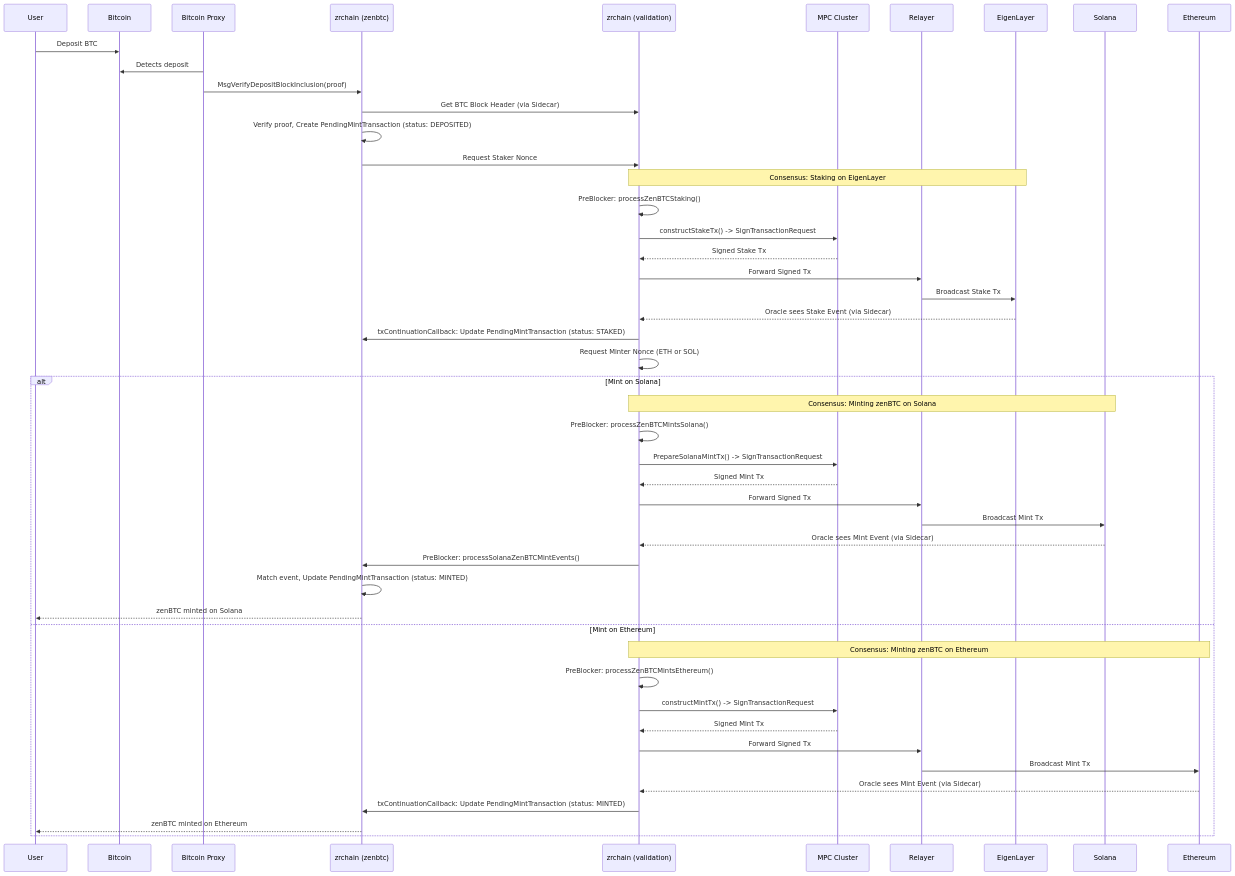
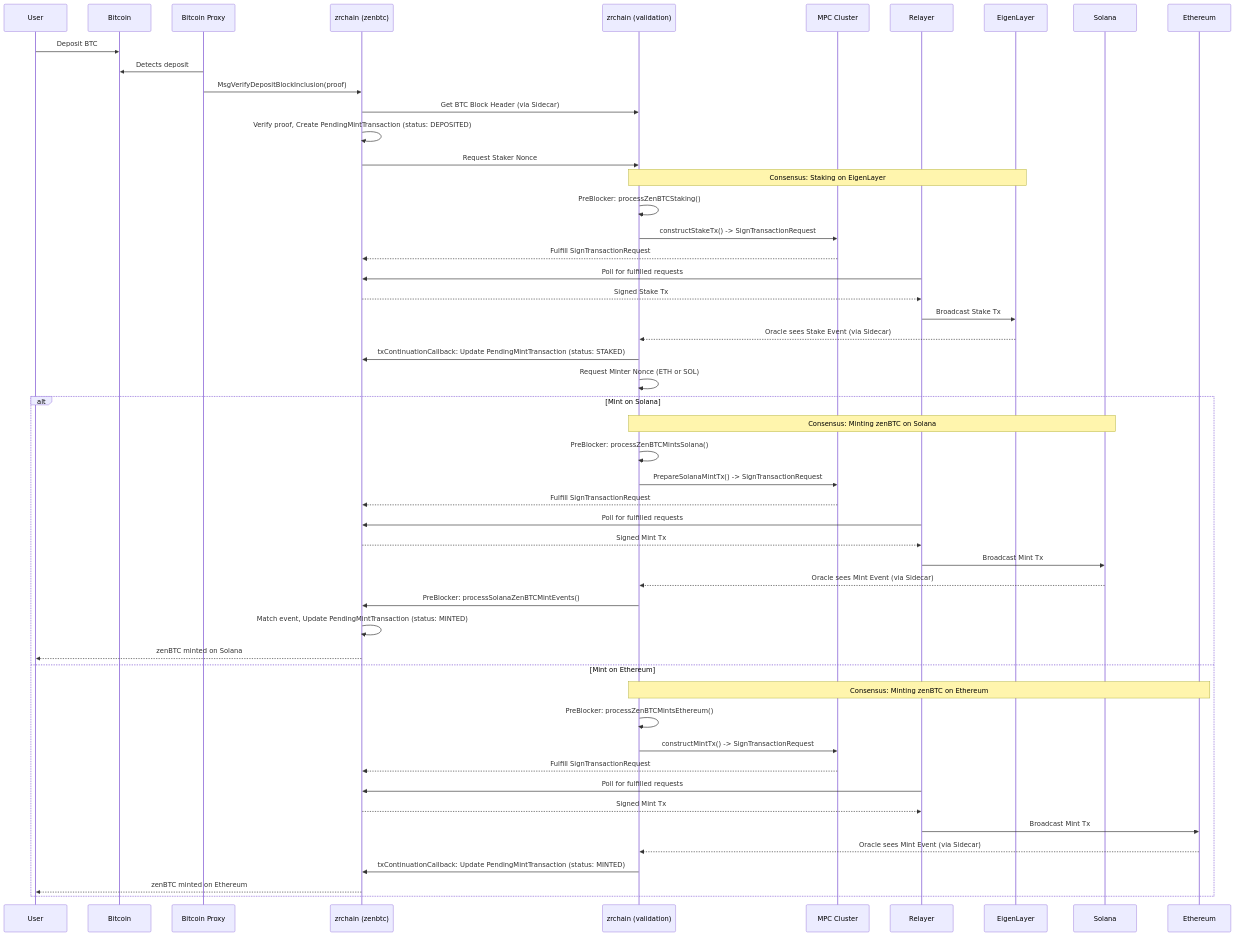
One commit to zenrocklabs/zrchain changed the first of 4 diagrams in docs/README.md. Above: the diagram before and after it, drawn with Mermaid. The commit also changed other lines of this file, not shown here.

````diff
--- a/docs/README.md
+++ b/docs/README.md
@@ -13,55 +13,58 @@
 ```mermaid
 sequenceDiagram
     participant User
     participant Bitcoin
     participant Bitcoin Proxy
     participant zrchain as zrchain (zenbtc)
     participant zrchain_val as zrchain (validation)
     participant MPC Cluster
     participant Relayer
     participant EigenLayer
     participant Solana
     participant Ethereum
 
     User->>Bitcoin: Deposit BTC
     Bitcoin Proxy->>Bitcoin: Detects deposit
     Bitcoin Proxy->>zrchain: MsgVerifyDepositBlockInclusion(proof)
 
     zrchain->>zrchain_val: Get BTC Block Header (via Sidecar)
     zrchain->>zrchain: Verify proof, Create PendingMintTransaction (status: DEPOSITED)
     zrchain->>zrchain_val: Request Staker Nonce
 
     Note over zrchain_val,EigenLayer: Consensus: Staking on EigenLayer
     zrchain_val->>zrchain_val: PreBlocker: processZenBTCStaking()
     zrchain_val->>MPC Cluster: constructStakeTx() -> SignTransactionRequest
-    MPC Cluster-->>zrchain_val: Signed Stake Tx
-    zrchain_val->>Relayer: Forward Signed Tx
+    MPC Cluster-->>zrchain: Fulfill SignTransactionRequest
+    Relayer->>zrchain: Poll for fulfilled requests
+    zrchain-->>Relayer: Signed Stake Tx
     Relayer->>EigenLayer: Broadcast Stake Tx
 
     EigenLayer-->>zrchain_val: Oracle sees Stake Event (via Sidecar)
     zrchain_val->>zrchain: txContinuationCallback: Update PendingMintTransaction (status: STAKED)
     zrchain_val->>zrchain_val: Request Minter Nonce (ETH or SOL)
 
     alt Mint on Solana
         Note over zrchain_val,Solana: Consensus: Minting zenBTC on Solana
         zrchain_val->>zrchain_val: PreBlocker: processZenBTCMintsSolana()
         zrchain_val->>MPC Cluster: PrepareSolanaMintTx() -> SignTransactionRequest
-        MPC Cluster-->>zrchain_val: Signed Mint Tx
-        zrchain_val->>Relayer: Forward Signed Tx
+        MPC Cluster-->>zrchain: Fulfill SignTransactionRequest
+        Relayer->>zrchain: Poll for fulfilled requests
+        zrchain-->>Relayer: Signed Mint Tx
         Relayer->>Solana: Broadcast Mint Tx
         Solana-->>zrchain_val: Oracle sees Mint Event (via Sidecar)
         zrchain_val->>zrchain: PreBlocker: processSolanaZenBTCMintEvents()
         zrchain->>zrchain: Match event, Update PendingMintTransaction (status: MINTED)
         zrchain-->>User: zenBTC minted on Solana
     else Mint on Ethereum
         Note over zrchain_val,Ethereum: Consensus: Minting zenBTC on Ethereum
         zrchain_val->>zrchain_val: PreBlocker: processZenBTCMintsEthereum()
         zrchain_val->>MPC Cluster: constructMintTx() -> SignTransactionRequest
-        MPC Cluster-->>zrchain_val: Signed Mint Tx
-        zrchain_val->>Relayer: Forward Signed Tx
+        MPC Cluster-->>zrchain: Fulfill SignTransactionRequest
+        Relayer->>zrchain: Poll for fulfilled requests
+        zrchain-->>Relayer: Signed Mint Tx
         Relayer->>Ethereum: Broadcast Mint Tx
         Ethereum-->>zrchain_val: Oracle sees Mint Event (via Sidecar)
         zrchain_val->>zrchain: txContinuationCallback: Update PendingMintTransaction (status: MINTED)
         zrchain-->>User: zenBTC minted on Ethereum
     end
 ```
````
